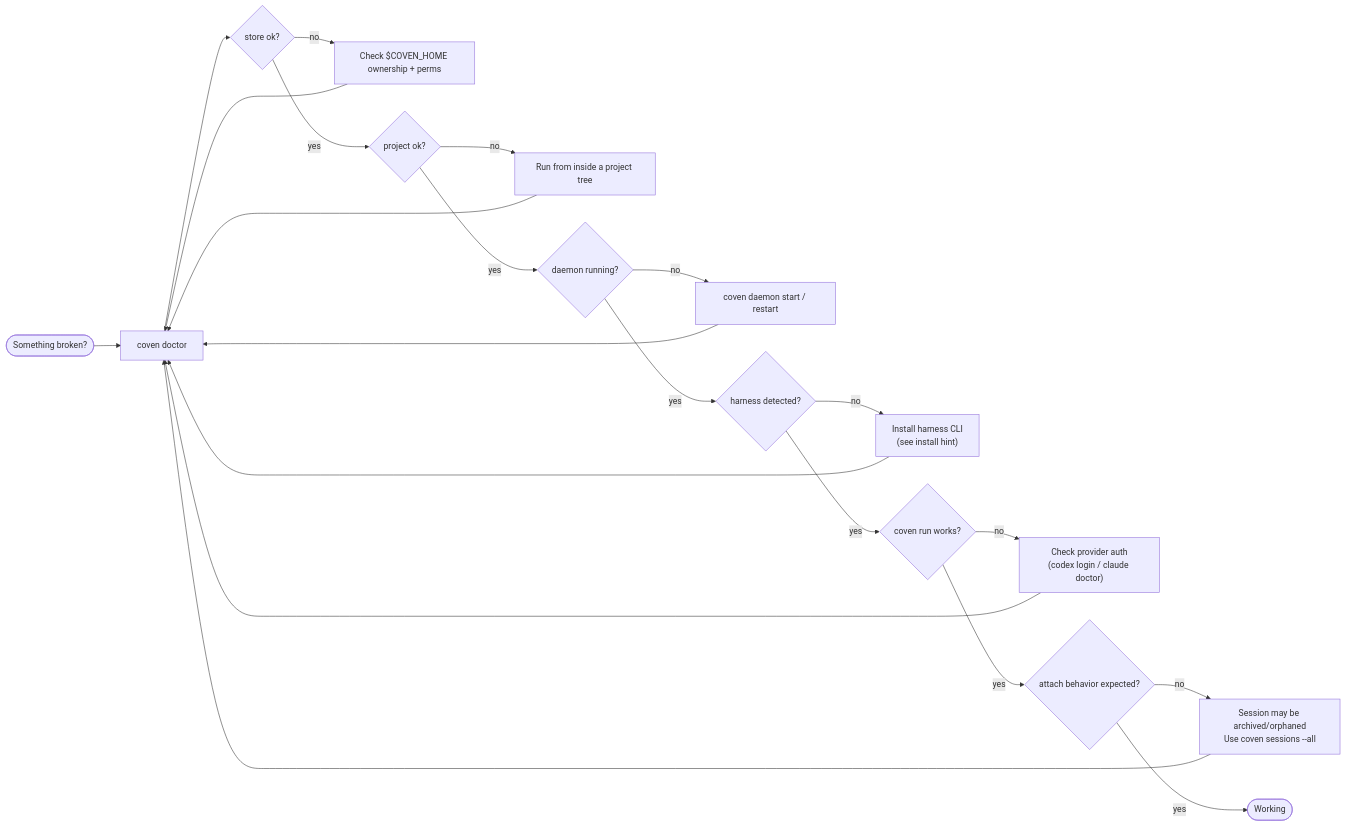
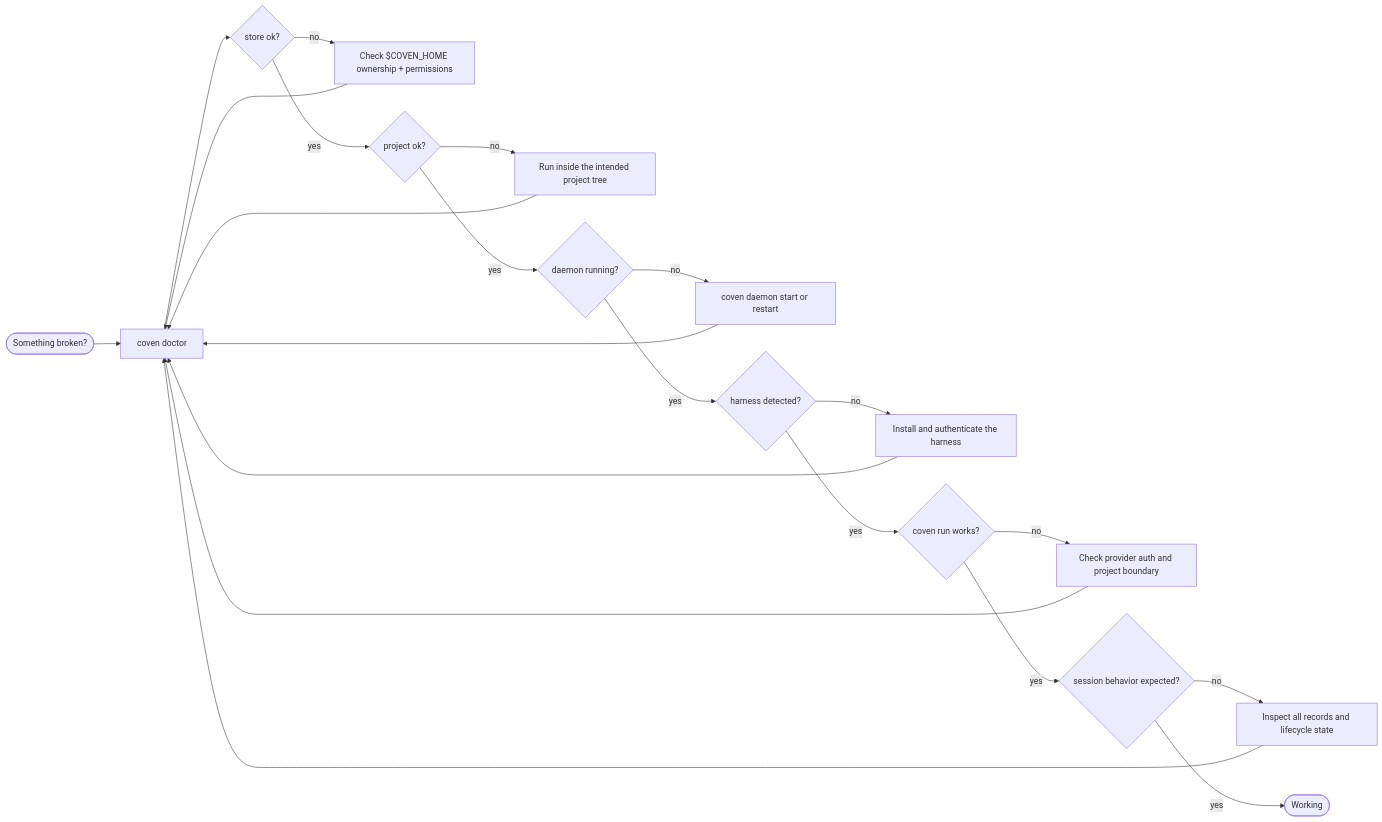
Before and after one commit to OpenCoven/coven-docs: the diagram in content/docs/reference/troubleshooting.mdx, drawn with Mermaid. The commit also changed other lines of this file and 72 other files, not shown here.

````diff
--- a/content/docs/reference/troubleshooting.mdx
+++ b/content/docs/reference/troubleshooting.mdx
@@ -14,24 +16,24 @@
 ```mermaid
 flowchart LR
   Start([Something broken?]) --> Doctor["coven doctor"]
   Doctor --> Store{store ok?}
-  Store -- no --> CovenHome["Check $COVEN_HOME ownership + perms"]
+  Store -- no --> CovenHome["Check $COVEN_HOME ownership + permissions"]
   Store -- yes --> Project{project ok?}
-  Project -- no --> ProjectFix["Run from inside a project tree"]
+  Project -- no --> ProjectFix["Run inside the intended project tree"]
   Project -- yes --> DaemonChk{daemon running?}
-  DaemonChk -- no --> StartDaemon["coven daemon start / restart"]
+  DaemonChk -- no --> StartDaemon["coven daemon start or restart"]
   DaemonChk -- yes --> Harness{harness detected?}
-  Harness -- no --> InstallHarness["Install harness CLI\n(see install hint)"]
+  Harness -- no --> InstallHarness["Install and authenticate the harness"]
   Harness -- yes --> RunChk{coven run works?}
-  RunChk -- no --> RunFix["Check provider auth\n(codex login / claude doctor)"]
-  RunChk -- yes --> AttachChk{attach behavior expected?}
-  AttachChk -- no --> AttachFix["Session may be archived/orphaned\nUse coven sessions --all"]
-  AttachChk -- yes --> Done([Working])
+  RunChk -- no --> RunFix["Check provider auth and project boundary"]
+  RunChk -- yes --> SessionChk{session behavior expected?}
+  SessionChk -- no --> SessionFix["Inspect all records and lifecycle state"]
+  SessionChk -- yes --> Done([Working])
 
   CovenHome --> Doctor
   ProjectFix --> Doctor
   StartDaemon --> Doctor
   InstallHarness --> Doctor
   RunFix --> Doctor
-  AttachFix --> Doctor
+  SessionFix --> Doctor
 ```
````
